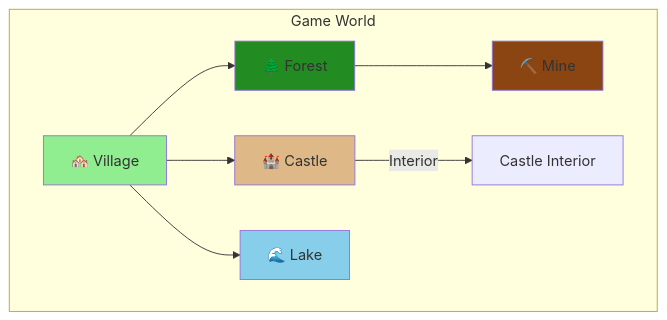
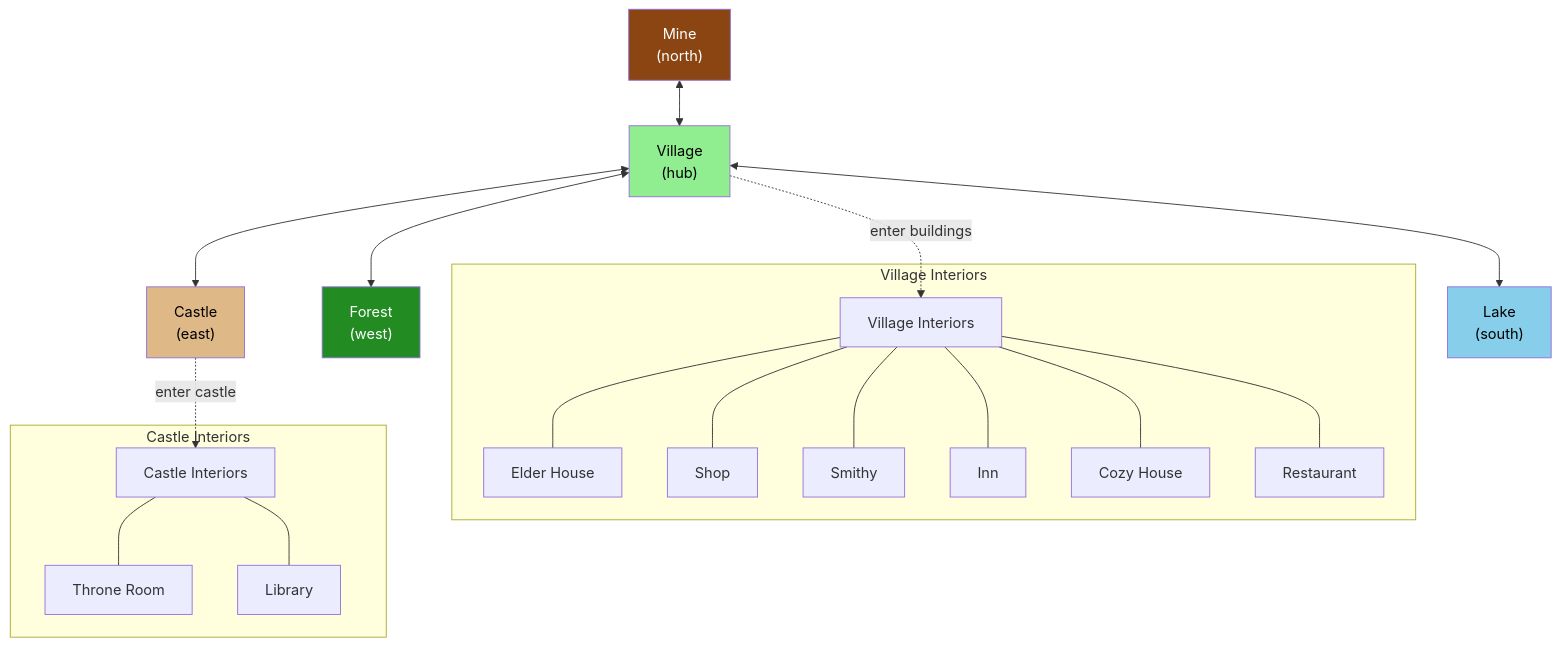
Before and after one commit to ChanMeng666/kaboom-rpg-adventure: the first of 5 diagrams in README.md, drawn with Mermaid. The commit also changed other lines of this file and 2 other files, not shown here.

````diff
--- a/README.md
+++ b/README.md
@@ -245,16 +246,30 @@
 ```mermaid
-graph TB
-    subgraph "Game World"
-        V[🏘️ Village] --> F[🌲 Forest]
-        V --> C[🏰 Castle]
-        V --> L[🌊 Lake]
-        F --> M[⛏️ Mine]
-        C --> |Interior| CI[Castle Interior]
+graph TD
+    M["Mine<br/>(north)"] <--> V["Village<br/>(hub)"]
+    V <--> F["Forest<br/>(west)"]
+    V <--> C["Castle<br/>(east)"]
+    V <--> L["Lake<br/>(south)"]
+
+    V -.->|enter buildings| VI["Village Interiors"]
+    C -.->|enter castle| CI["Castle Interiors"]
+
+    subgraph VI_SUB ["Village Interiors"]
+        VI --- EH["Elder House"]
+        VI --- SH["Shop"]
+        VI --- SM["Smithy"]
+        VI --- INN["Inn"]
+        VI --- CZ["Cozy House"]
+        VI --- RE["Restaurant"]
     end
-    
-    style V fill:#90EE90
-    style F fill:#228B22
-    style C fill:#DEB887
-    style L fill:#87CEEB
-    style M fill:#8B4513
+
+    subgraph CI_SUB ["Castle Interiors"]
+        CI --- TR["Throne Room"]
+        CI --- LB["Library"]
+    end
+
+    style V fill:#90EE90,color:#000
+    style F fill:#228B22,color:#fff
+    style C fill:#DEB887,color:#000
+    style L fill:#87CEEB,color:#000
+    style M fill:#8B4513,color:#fff
 ```
````
